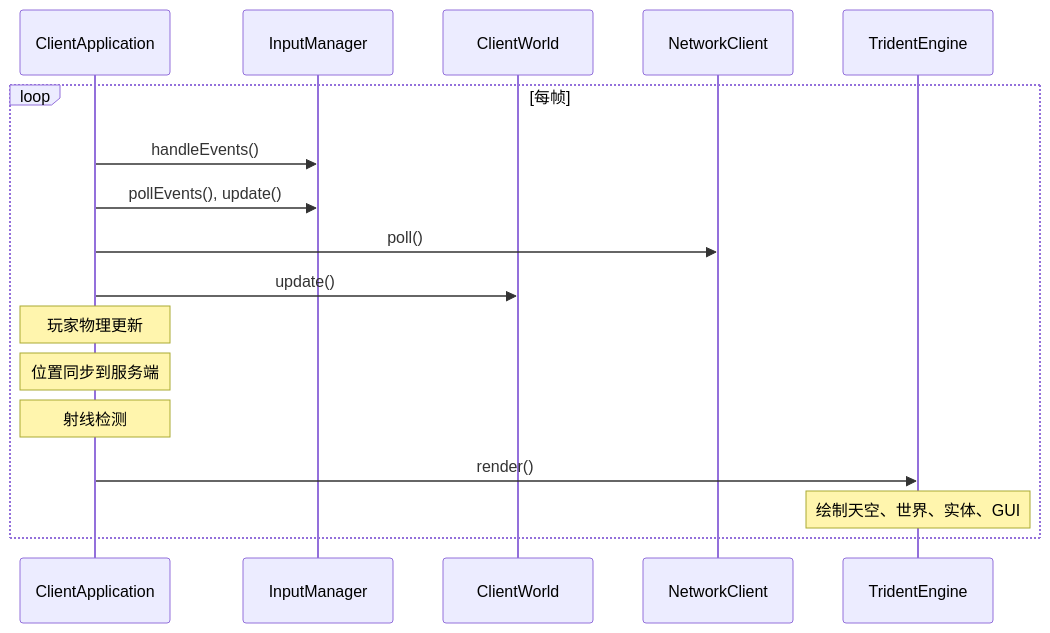
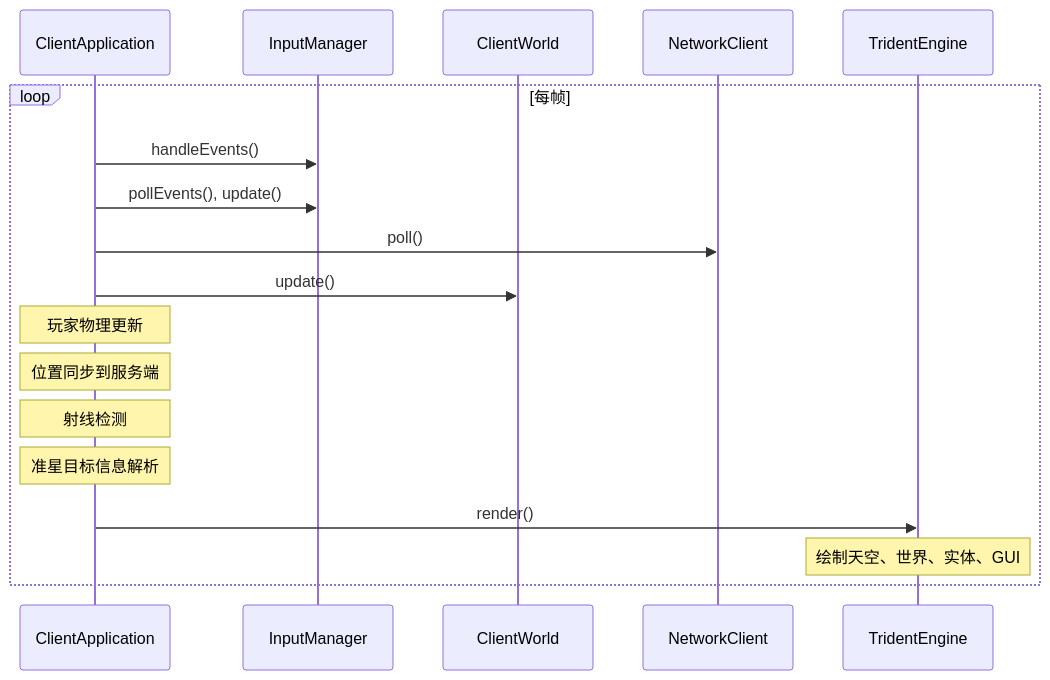
One commit to g122622/Cubium changed the second of 4 diagrams in src/client/application/README.md. Above: the diagram before and after it, drawn with Mermaid. The commit also changed other lines of this file and 19 other files, not shown here.

````diff
--- a/src/client/application/README.md
+++ b/src/client/application/README.md
@@ -115,23 +116,24 @@
 ```mermaid
 sequenceDiagram
     participant App as ClientApplication
     participant Input as InputManager
     participant World as ClientWorld
     participant Network as NetworkClient
     participant Renderer as TridentEngine
 
     loop 每帧
         App->>Input: handleEvents()
         App->>Input: pollEvents(), update()
 
         App->>Network: poll()
         App->>World: update()
 
         Note over App: 玩家物理更新
         Note over App: 位置同步到服务端
         Note over App: 射线检测
+        Note over App: 准星目标信息解析
 
         App->>Renderer: render()
         Note over Renderer: 绘制天空、世界、实体、GUI
     end
 ```
````
